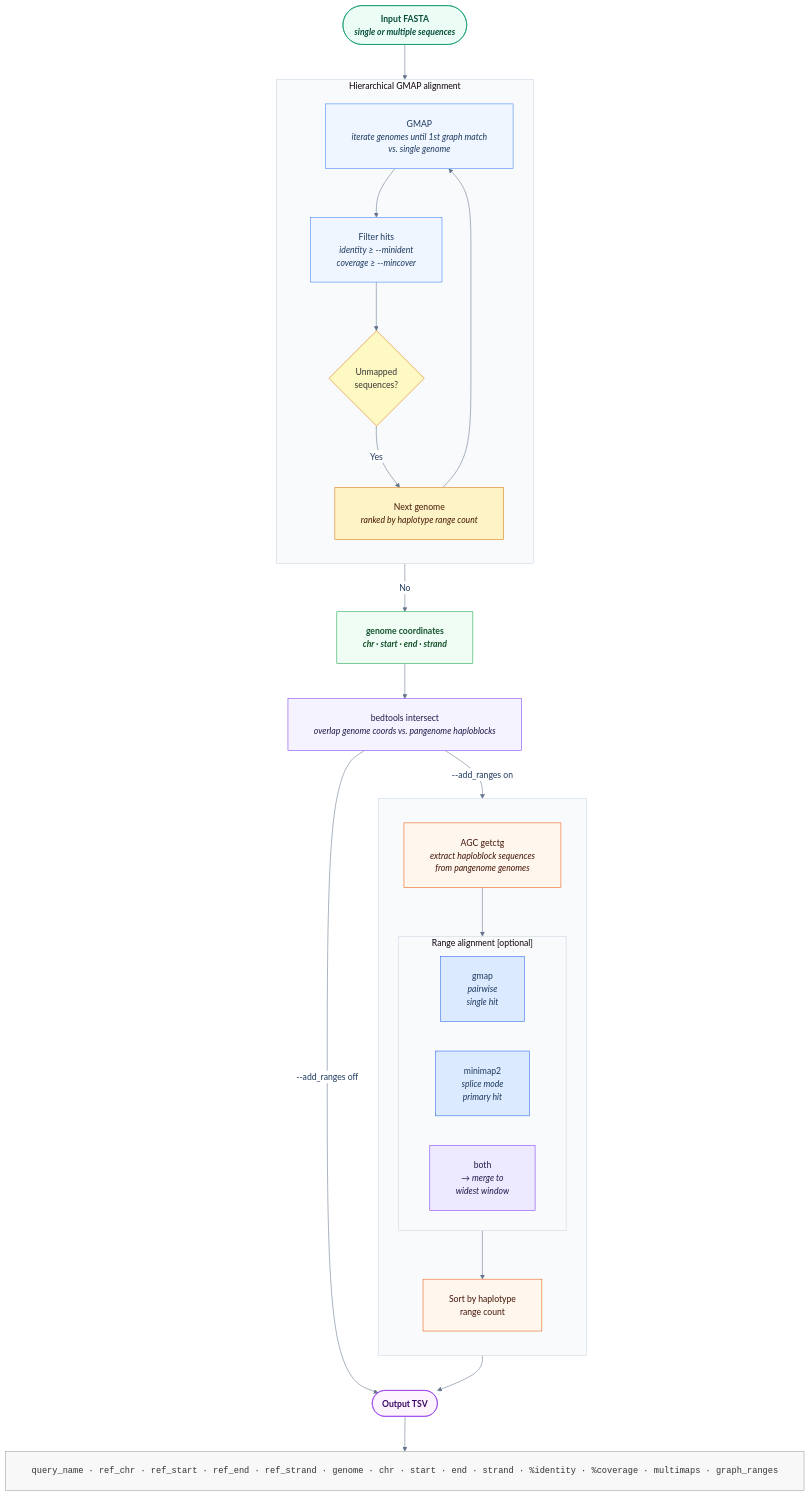
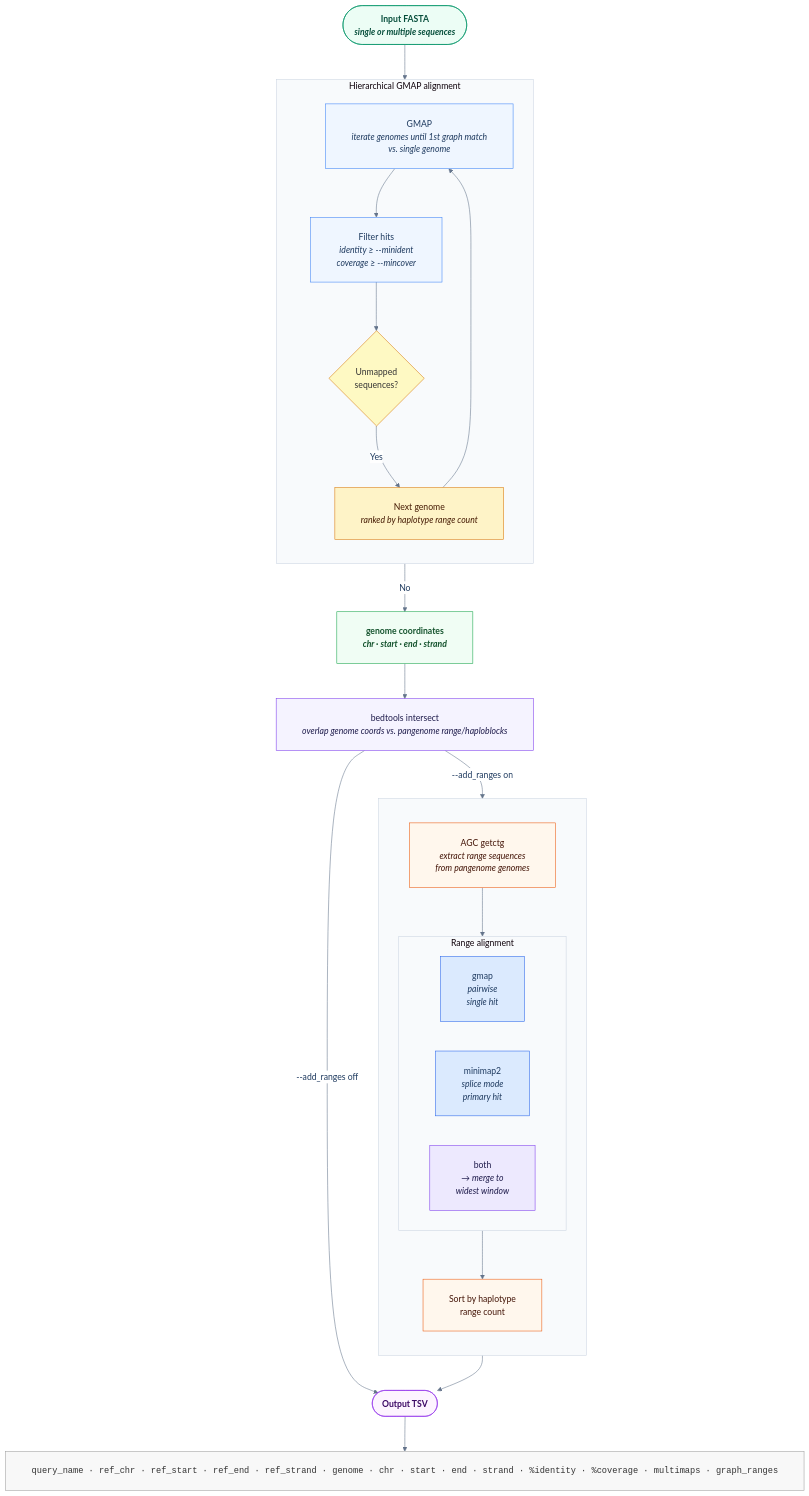
Before and after one commit to eead-csic-compbio/barleygraph: the diagram in miscellaneous/align2graph_workflow.mmd, drawn with Mermaid.

Commit message:
range == haploblock

```diff
--- a/miscellaneous/align2graph_workflow.mmd
+++ b/miscellaneous/align2graph_workflow.mmd
@@ -1,84 +1,84 @@
 %%{init: {
   "theme": "base",
   "themeVariables": {
     "fontFamily": "Helvetica Neue, Helvetica, Arial, sans-serif",
     "fontSize": "16px",
     "primaryColor":        "#DBEAFE",
     "primaryTextColor":    "#1e3a5f",
     "primaryBorderColor":  "#3B82F6",
     "lineColor":           "#64748B",
     "secondaryColor":      "#FEF9C3",
     "tertiaryColor":       "#F0FDF4",
     "background":          "#ffffff",
     "clusterBkg":          "#F8FAFC",
     "clusterBorder":       "#CBD5E1",
     "edgeLabelBackground": "#ffffff"
   },
   "flowchart": {
     "curve": "basis",
     "padding": 24,
     "nodeSpacing": 55,
     "rankSpacing": 65,
     "diagramPadding": 40,
     "wrappingWidth": 3000
   }
 }}%%
 
 flowchart TD
 
     FASTA(["Input FASTA<br/><i>single or multiple sequences</i>"])
 
     subgraph LOOP ["Hierarchical GMAP alignment"]
         direction TB
         GMAP["GMAP<br/><i>iterate genomes until 1st graph match<br/>vs. single genome</i>"]
         FILTER["Filter hits<br/><i>identity ≥ --minident<br/>coverage ≥ --mincover</i>"]
         UNMAPPED{"Unmapped<br/>sequences?"}
         NEXTG["Next genome<br/><i>ranked by haplotype range count</i>"]
         GMAP --> FILTER --> UNMAPPED
         UNMAPPED -- "Yes" --> NEXTG --> GMAP
     end
 
     MATCHED["genome coordinates<br/><i>chr · start · end · strand</i>"]
 
-    BEDTOOLS["bedtools intersect<br/><i>overlap genome coords vs. pangenome haploblocks</i>"]
+    BEDTOOLS["bedtools intersect<br/><i>overlap genome coords vs. pangenome range/haploblocks</i>"]
 
     subgraph ADDRANGES ["  "]
         direction TB
-        EXTRACT["AGC getctg<br/><i>extract haploblock sequences<br/>from pangenome genomes</i>"]
+        EXTRACT["AGC getctg<br/><i>extract range sequences<br/>from pangenome genomes</i>"]
 
-        subgraph ALIGNER ["Range alignment [optional]"]
+        subgraph ALIGNER ["Range alignment"]
             direction LR
             GMAP2["gmap<br/><i>pairwise<br/>single hit</i>"]
             MM2["minimap2<br/><i>splice mode<br/>primary hit</i>"]
             BOTH["both<br/><i>→ merge to<br/>widest window</i>"]
         end
 
         SORT["Sort by haplotype<br/>range count"]
         EXTRACT --> ALIGNER --> SORT
     end
 
     TSV(["Output TSV"])
     EXAMPLE["query_name · ref_chr · ref_start · ref_end · ref_strand · genome · chr · start · end · strand · %identity · %coverage · multimaps · graph_ranges"]
 
     FASTA      --> LOOP
     UNMAPPED   -- "No" --> MATCHED
     MATCHED    --> BEDTOOLS
     BEDTOOLS   -- "--add_ranges off" --> TSV
     BEDTOOLS   -- "--add_ranges on" --> EXTRACT
     SORT       --> TSV
     TSV        --> EXAMPLE
 
     style FASTA      fill:#ECFDF5,stroke:#059669,color:#064E3B,font-weight:bold
     style GMAP       fill:#EFF6FF,stroke:#3B82F6,color:#1e3a5f
     style FILTER     fill:#EFF6FF,stroke:#3B82F6,color:#1e3a5f
     style UNMAPPED   fill:#FEF9C3,stroke:#D97706,color:#333
     style NEXTG      fill:#FEF3C7,stroke:#D97706,color:#451A03
     style MATCHED    fill:#F0FDF4,stroke:#16A34A,color:#14532D,font-weight:bold
     style BEDTOOLS   fill:#F5F3FF,stroke:#7C3AED,color:#1e1b4b
     style EXTRACT    fill:#FFF7ED,stroke:#EA580C,color:#431407
     style GMAP2      fill:#DBEAFE,stroke:#2563EB,color:#1e3a5f
     style MM2        fill:#DBEAFE,stroke:#2563EB,color:#1e3a5f
     style BOTH       fill:#EDE9FE,stroke:#7C3AED,color:#1e1b4b
     style SORT       fill:#FFF7ED,stroke:#EA580C,color:#431407
     style TSV        fill:#FDF4FF,stroke:#9333EA,color:#3b0764,font-weight:bold
     style EXAMPLE    fill:#F8F8F8,stroke:#9E9E9E,color:#333,font-family:monospace
```
